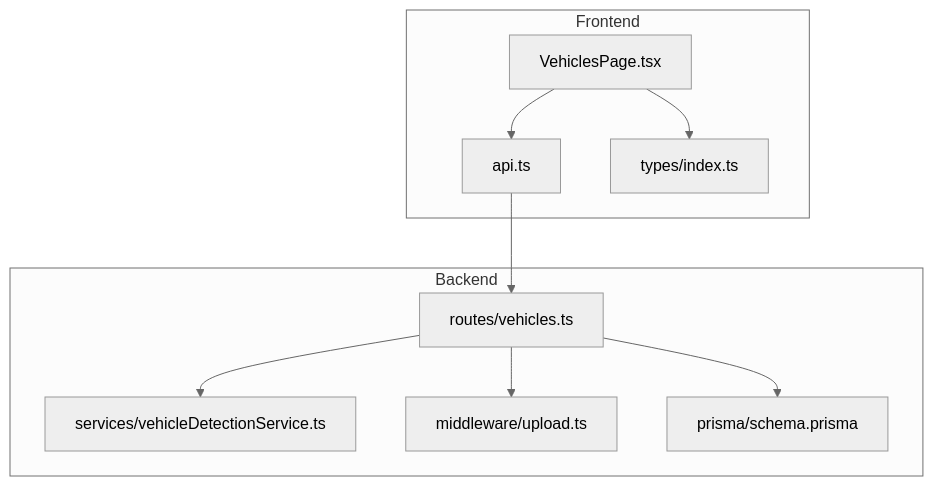
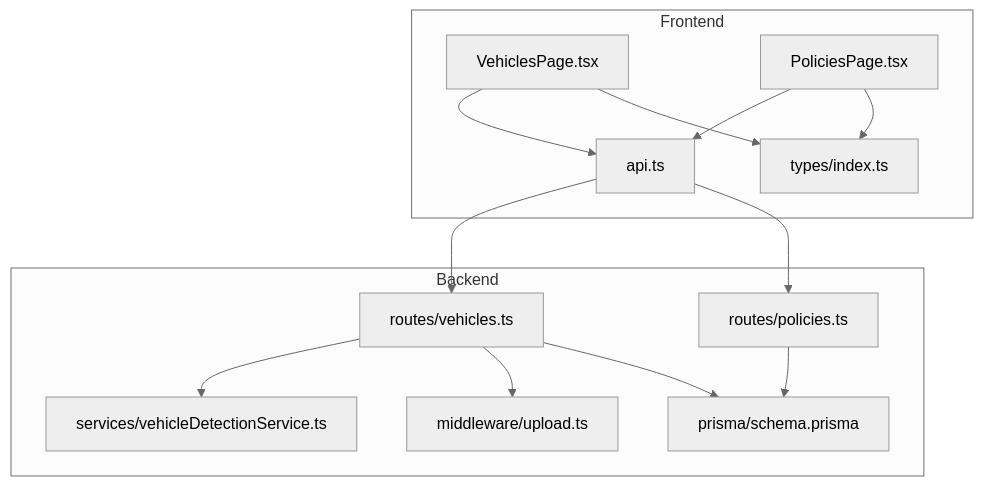
Before and after one commit to NaveenHiranya/Smart-Vehicle-Insurance-Claim-System: the first of 6 diagrams in .qoder/repowiki/en/content/Frontend Documentation/Pages and Views/User Pages/Vehicle Management Page.md, drawn with Mermaid (neutral theme). The commit also changed other lines of this file and 21 other files, not shown here.

````diff
--- a/.qoder/repowiki/en/content/Frontend Documentation/Pages and Views/User Pages/Vehicle Management Page.md
+++ b/.qoder/repowiki/en/content/Frontend Documentation/Pages and Views/User Pages/Vehicle Management Page.md
@@ -41,20 +54,26 @@
 ```mermaid
 graph TB
 subgraph "Frontend"
 VP["VehiclesPage.tsx"]
+PP["PoliciesPage.tsx"]
 API["api.ts"]
 Types["types/index.ts"]
 end
 subgraph "Backend"
 VR["routes/vehicles.ts"]
+PR["routes/policies.ts"]
 VDS["services/vehicleDetectionService.ts"]
 UPL["middleware/upload.ts"]
 PRISMA["prisma/schema.prisma"]
 end
 VP --> API
+PP --> API
 API --> VR
+API --> PR
 VR --> VDS
 VR --> UPL
+PR --> PRISMA
 VR --> PRISMA
 VP --> Types
+PP --> Types
 ```
````
